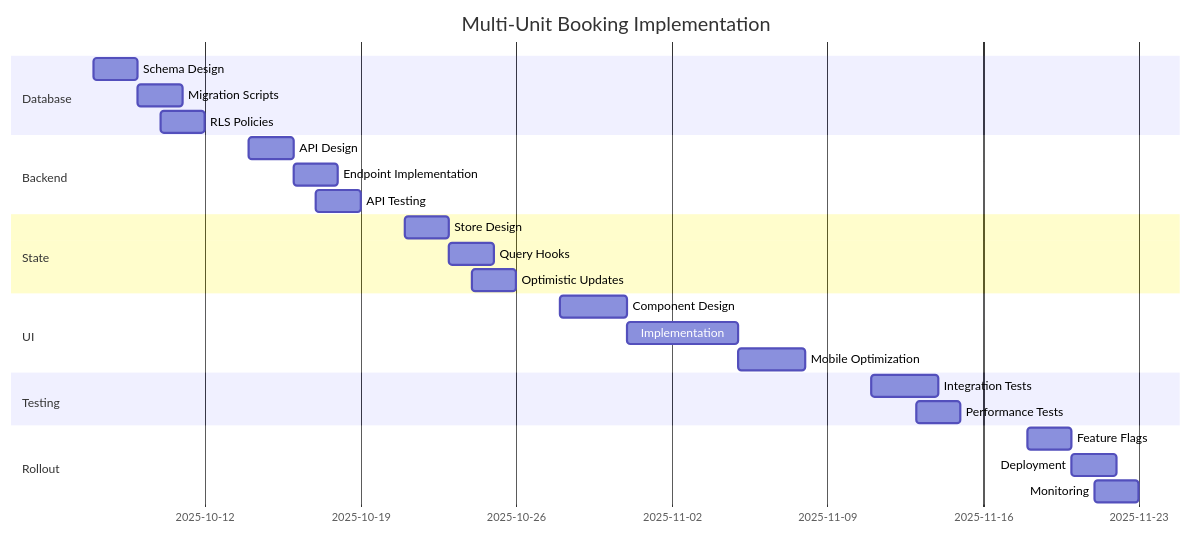
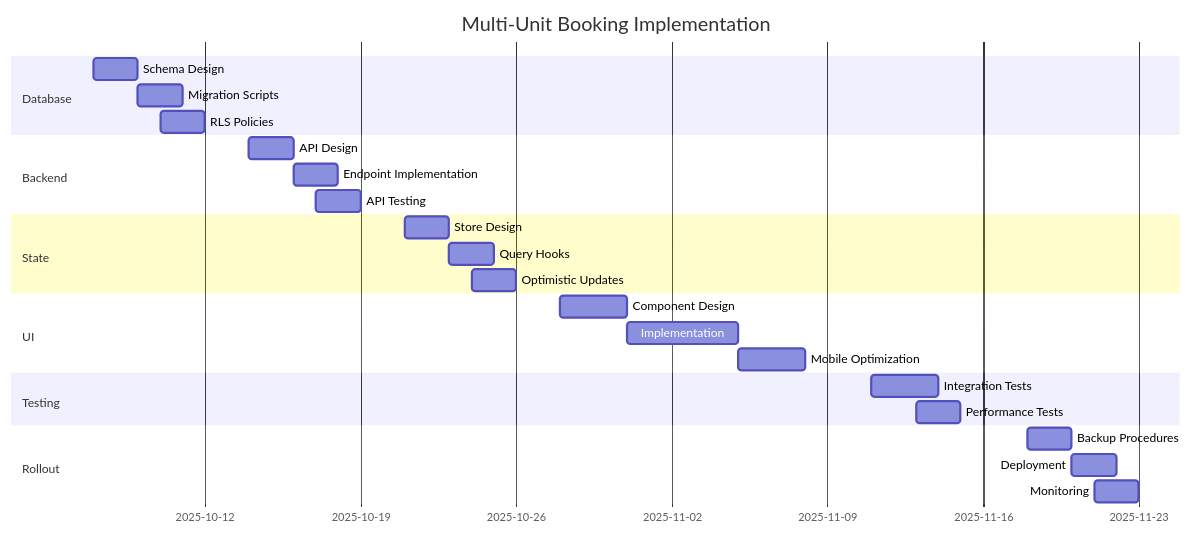
Before and after one commit to okaeri-rh-dev/okaeri-resort-system: the diagram in docs/multi-unit-booking/00-MASTER-PLAN.md, drawn with Mermaid. The commit also changed other lines of this file and 8 other files, not shown here.

````diff
--- a/docs/multi-unit-booking/00-MASTER-PLAN.md
+++ b/docs/multi-unit-booking/00-MASTER-PLAN.md
@@ -209,28 +209,28 @@
 ```mermaid
 gantt
     title Multi-Unit Booking Implementation
     dateFormat  YYYY-MM-DD
     section Database
     Schema Design           :2025-10-07, 2d
     Migration Scripts       :2025-10-09, 2d
     RLS Policies            :2025-10-10, 2d
     section Backend
     API Design              :2025-10-14, 2d
     Endpoint Implementation :2025-10-16, 2d
     API Testing             :2025-10-17, 2d
     section State
     Store Design            :2025-10-21, 2d
     Query Hooks             :2025-10-23, 2d
     Optimistic Updates      :2025-10-24, 2d
     section UI
     Component Design        :2025-10-28, 3d
     Implementation          :2025-10-31, 5d
     Mobile Optimization     :2025-11-05, 3d
     section Testing
     Integration Tests       :2025-11-11, 3d
     Performance Tests       :2025-11-13, 2d
     section Rollout
-    Feature Flags           :2025-11-18, 2d
+    Backup Procedures       :2025-11-18, 2d
     Deployment              :2025-11-20, 2d
     Monitoring              :2025-11-21, 2d
 ```
````
